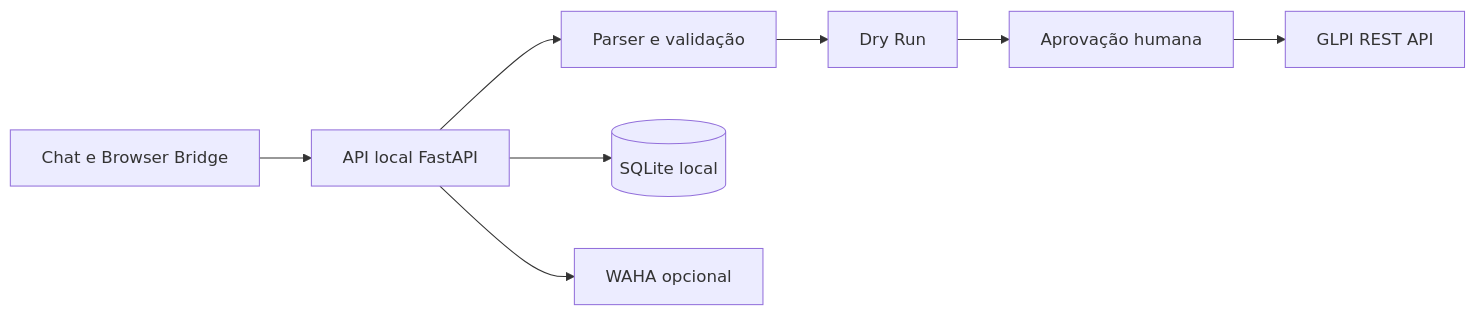
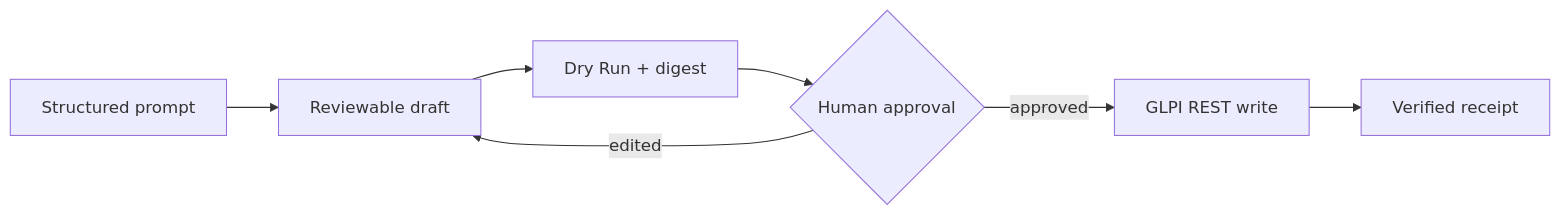
The diagram in README.md (ZeldrisMercy/glpi-workflow-assistant), drawn with Mermaid before and after one commit. The commit also changed other lines of this file and 11 other files, not shown here.

````diff
--- a/README.md
+++ b/README.md
@@ -28,10 +47,9 @@
 ```mermaid
 flowchart LR
-    A[Chat e Browser Bridge] --> B[API local FastAPI]
-    B --> C[Parser e validação]
-    C --> D[Dry Run]
-    D --> E[Aprovação humana]
-    E --> F[GLPI REST API]
-    B --> G[(SQLite local)]
-    B --> H[WAHA opcional]
+    A[Structured prompt] --> B[Reviewable draft]
+    B --> C[Dry Run + digest]
+    C --> D{Human approval}
+    D -->|approved| E[GLPI REST write]
+    D -->|edited| B
+    E --> F[Verified receipt]
 ```
````
